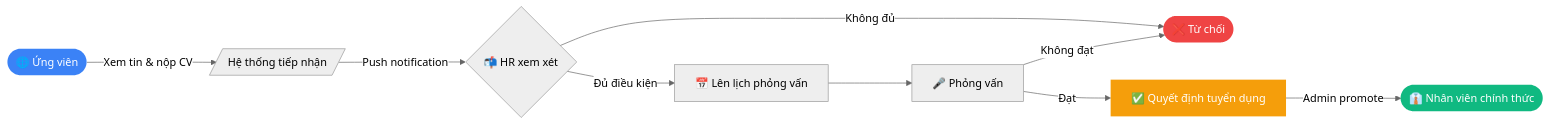
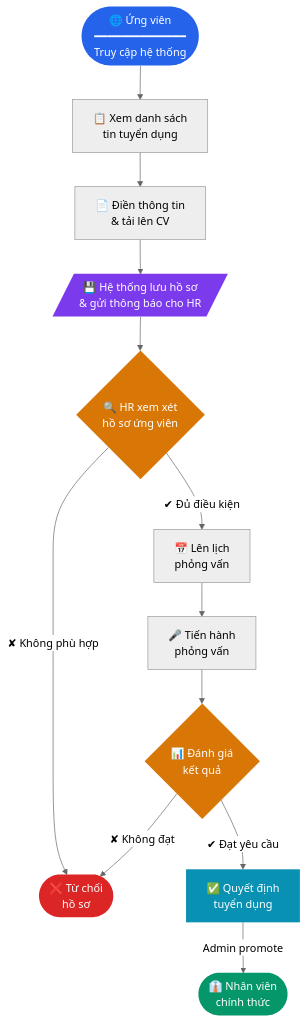
Before and after one commit to tuyenda2011/KTPM: the diagram in README.md, drawn with Mermaid (neutral theme).

````diff
--- a/README.md
+++ b/README.md
@@ -39,16 +39,30 @@
 ```mermaid
-flowchart LR
-    A([🌐 Ứng viên]) -->|Xem tin & nộp CV| B[/Hệ thống tiếp nhận/]
-    B -->|Push notification| C{📬 HR xem xét}
-    C -->|Đủ điều kiện| D[📅 Lên lịch phỏng vấn]
-    C -->|Không đủ| E([❌ Từ chối])
-    D --> F[🎤 Phỏng vấn]
-    F -->|Đạt| G[✅ Quyết định tuyển dụng]
-    F -->|Không đạt| E
-    G -->|Admin promote| H([👔 Nhân viên chính thức])
+flowchart TD
+    A(["🌐  Ứng viên\n━━━━━━━━━━━━━━\nTruy cập hệ thống"])
+    B["📋  Xem danh sách\ntin tuyển dụng"]
+    C["📄  Điền thông tin\n& tải lên CV"]
+    D[/"💾  Hệ thống lưu hồ sơ\n& gửi thông báo cho HR"/]
+    E{"🔍  HR xem xét\nhồ sơ ứng viên"}
+    F["📅  Lên lịch\nphỏng vấn"]
+    G(["❌  Từ chối\nhồ sơ"])
+    H["🎤  Tiến hành\nphỏng vấn"]
+    I{"📊  Đánh giá\nkết quả"}
+    J["✅  Quyết định\ntuyển dụng"]
+    K(["👔  Nhân viên\nchính thức"])
 
-    style A fill:#3b82f6,color:#fff,stroke:none
-    style H fill:#10b981,color:#fff,stroke:none
-    style E fill:#ef4444,color:#fff,stroke:none
-    style G fill:#f59e0b,color:#fff,stroke:none
+    A --> B --> C --> D --> E
+    E -->|"✔ Đủ điều kiện"| F
+    E -->|"✘ Không phù hợp"| G
+    F --> H --> I
+    I -->|"✔ Đạt yêu cầu"| J
+    I -->|"✘ Không đạt"| G
+    J -->|"Admin promote"| K
+
+    style A fill:#2563eb,color:#fff,stroke:none,rx:20
+    style K fill:#059669,color:#fff,stroke:none,rx:20
+    style G fill:#dc2626,color:#fff,stroke:none,rx:20
+    style D fill:#7c3aed,color:#fff,stroke:none
+    style E fill:#d97706,color:#fff,stroke:none
+    style I fill:#d97706,color:#fff,stroke:none
+    style J fill:#0891b2,color:#fff,stroke:none
 ```
````
